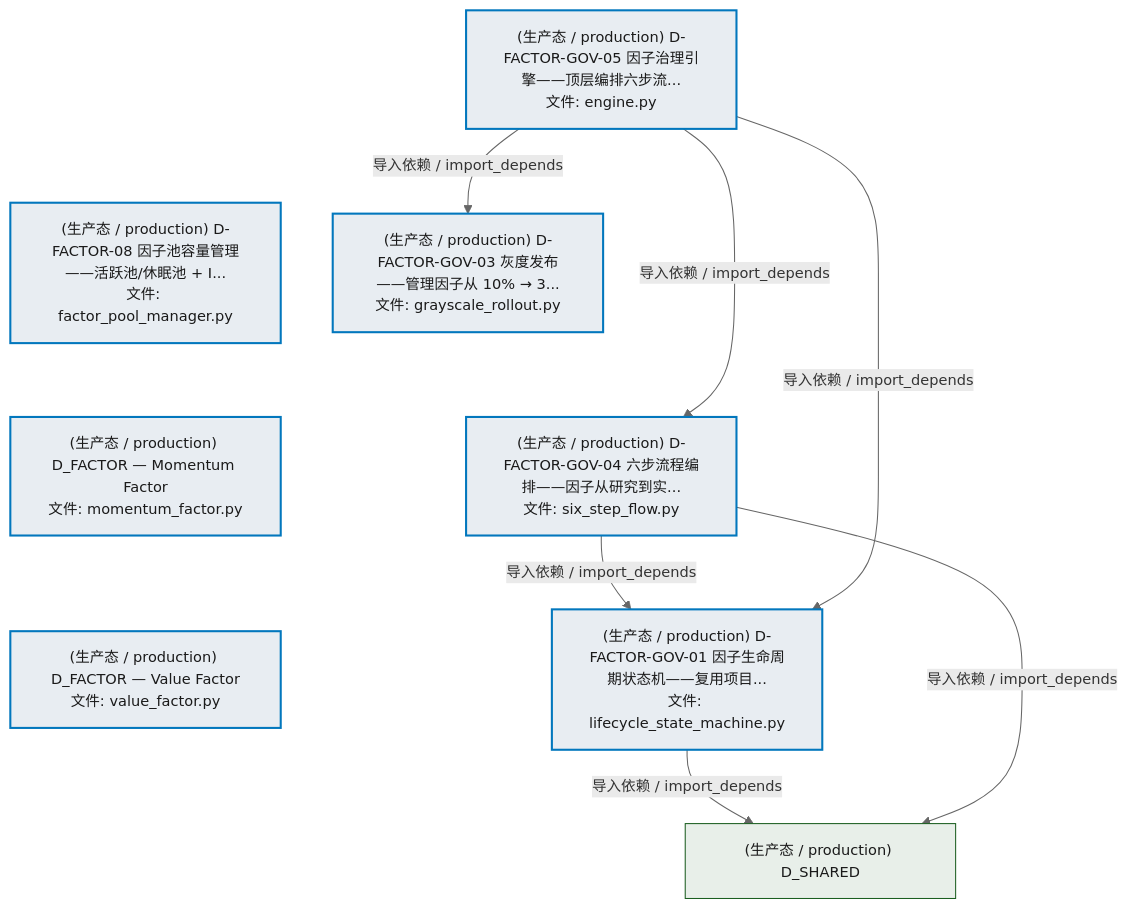
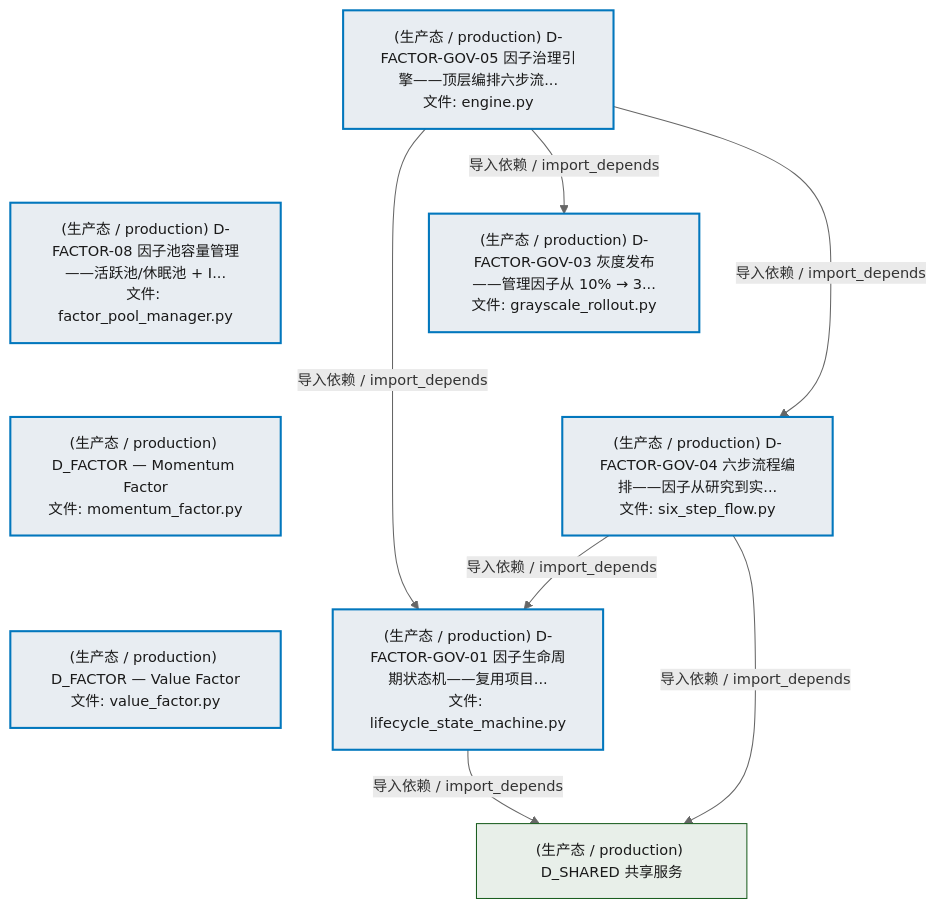
Before and after one commit to xuanFelixVan/ZephyrAlpha: the second of 4 diagrams in docs/02_enterprise_architecture/02_domain_architecture_docs/46_d_factor.md, drawn with Mermaid. The commit also changed other lines of this file and 45 other files, not shown here.

````diff
--- a/docs/02_enterprise_architecture/02_domain_architecture_docs/46_d_factor.md
+++ b/docs/02_enterprise_architecture/02_domain_architecture_docs/46_d_factor.md
@@ -212,28 +212,28 @@
 ```mermaid
 %%{init: {'theme': 'base', 'themeVariables': {'primaryColor': '#eaeaea', 'primaryTextColor': '#333333', 'primaryBorderColor': '#666666', 'lineColor': '#666666', 'secondaryColor': '#eaeaea', 'tertiaryColor': '#eaeaea', 'fontSize': '14px'}}}%%
 flowchart TD
     src_zephyr_factor_governance_engine_py["(生产态 / production) D-FACTOR-GOV-05 因子治理引擎——顶层编排六步流...<br/>文件: engine.py"]
     src_zephyr_factor_governance_factor_pool_manager_py["(生产态 / production) D-FACTOR-08 因子池容量管理——活跃池/休眠池 + I...<br/>文件: factor_pool_manager.py"]
     src_zephyr_factor_momentum_factor_py["(生产态 / production) D_FACTOR — Momentum Factor<br/>文件: momentum_factor.py"]
     src_zephyr_factor_value_factor_py["(生产态 / production) D_FACTOR — Value Factor<br/>文件: value_factor.py"]
     src_zephyr_factor_governance_engine_py ~~~ src_zephyr_factor_governance_factor_pool_manager_py
     src_zephyr_factor_governance_factor_pool_manager_py ~~~ src_zephyr_factor_momentum_factor_py
     src_zephyr_factor_momentum_factor_py ~~~ src_zephyr_factor_value_factor_py
     src_zephyr_factor_governance_grayscale_rollout_py["(生产态 / production) D-FACTOR-GOV-03 灰度发布——管理因子从 10% → 3...<br/>文件: grayscale_rollout.py"]
     src_zephyr_factor_governance_six_step_flow_py["(生产态 / production) D-FACTOR-GOV-04 六步流程编排——因子从研究到实...<br/>文件: six_step_flow.py"]
     src_zephyr_factor_governance_grayscale_rollout_py ~~~ src_zephyr_factor_governance_six_step_flow_py
     src_zephyr_factor_governance_lifecycle_state_machine_py["(生产态 / production) D-FACTOR-GOV-01 因子生命周期状态机——复用项目...<br/>文件: lifecycle_state_machine.py"]
-    src_zephyr_factor_governance_six_step_flow_py -->|导入依赖 / import_depends| src_zephyr_factor_governance_lifecycle_state_machine_py
-    src_zephyr_factor_governance_engine_py -->|导入依赖 / import_depends| src_zephyr_factor_governance_six_step_flow_py
     src_zephyr_factor_governance_engine_py -->|导入依赖 / import_depends| src_zephyr_factor_governance_lifecycle_state_machine_py
     src_zephyr_factor_governance_engine_py -->|导入依赖 / import_depends| src_zephyr_factor_governance_grayscale_rollout_py
-    D_SHARED["(生产态 / production) D_SHARED"]
+    src_zephyr_factor_governance_engine_py -->|导入依赖 / import_depends| src_zephyr_factor_governance_six_step_flow_py
+    src_zephyr_factor_governance_six_step_flow_py -->|导入依赖 / import_depends| src_zephyr_factor_governance_lifecycle_state_machine_py
+    D_SHARED["(生产态 / production) D_SHARED 共享服务"]
     src_zephyr_factor_governance_lifecycle_state_machine_py -->|导入依赖 / import_depends| D_SHARED
     src_zephyr_factor_governance_six_step_flow_py -->|导入依赖 / import_depends| D_SHARED
     classDef production fill:#e8edf2,stroke:#0277bd,stroke-width:2px,color:#1a1a1a
     classDef design fill:#f0ebe3,stroke:#bf360c,stroke-width:2px,color:#1a1a1a,stroke-dasharray: 5 5
     classDef external_prod fill:#e8efe9,stroke:#1b5e20,stroke-width:1px,color:#1a1a1a
     classDef external_design fill:#efe5ea,stroke:#880e4f,stroke-width:1px,color:#1a1a1a,stroke-dasharray: 5 5
     class src_zephyr_factor_governance_engine_py,src_zephyr_factor_governance_factor_pool_manager_py,src_zephyr_factor_governance_grayscale_rollout_py,src_zephyr_factor_governance_lifecycle_state_machine_py,src_zephyr_factor_governance_six_step_flow_py,src_zephyr_factor_momentum_factor_py,src_zephyr_factor_value_factor_py production
     class D_SHARED external_prod
 ```
````
